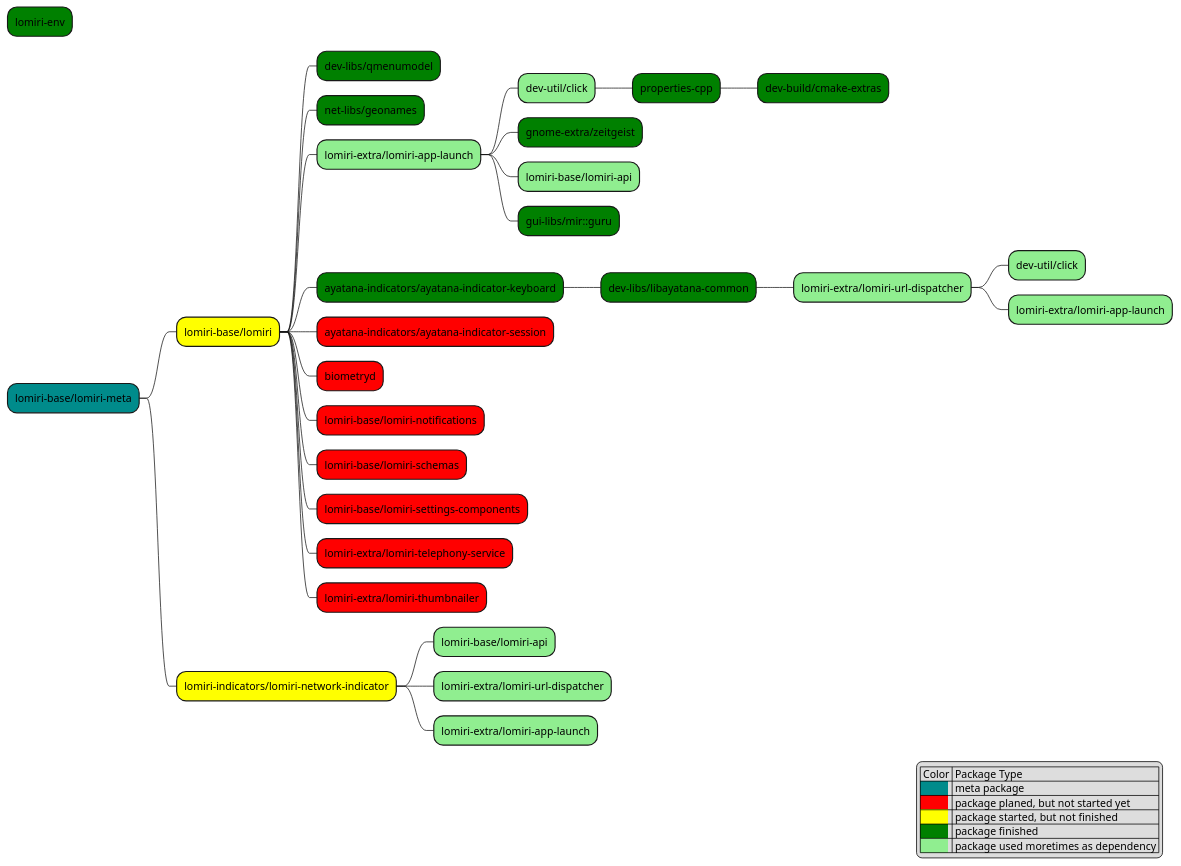
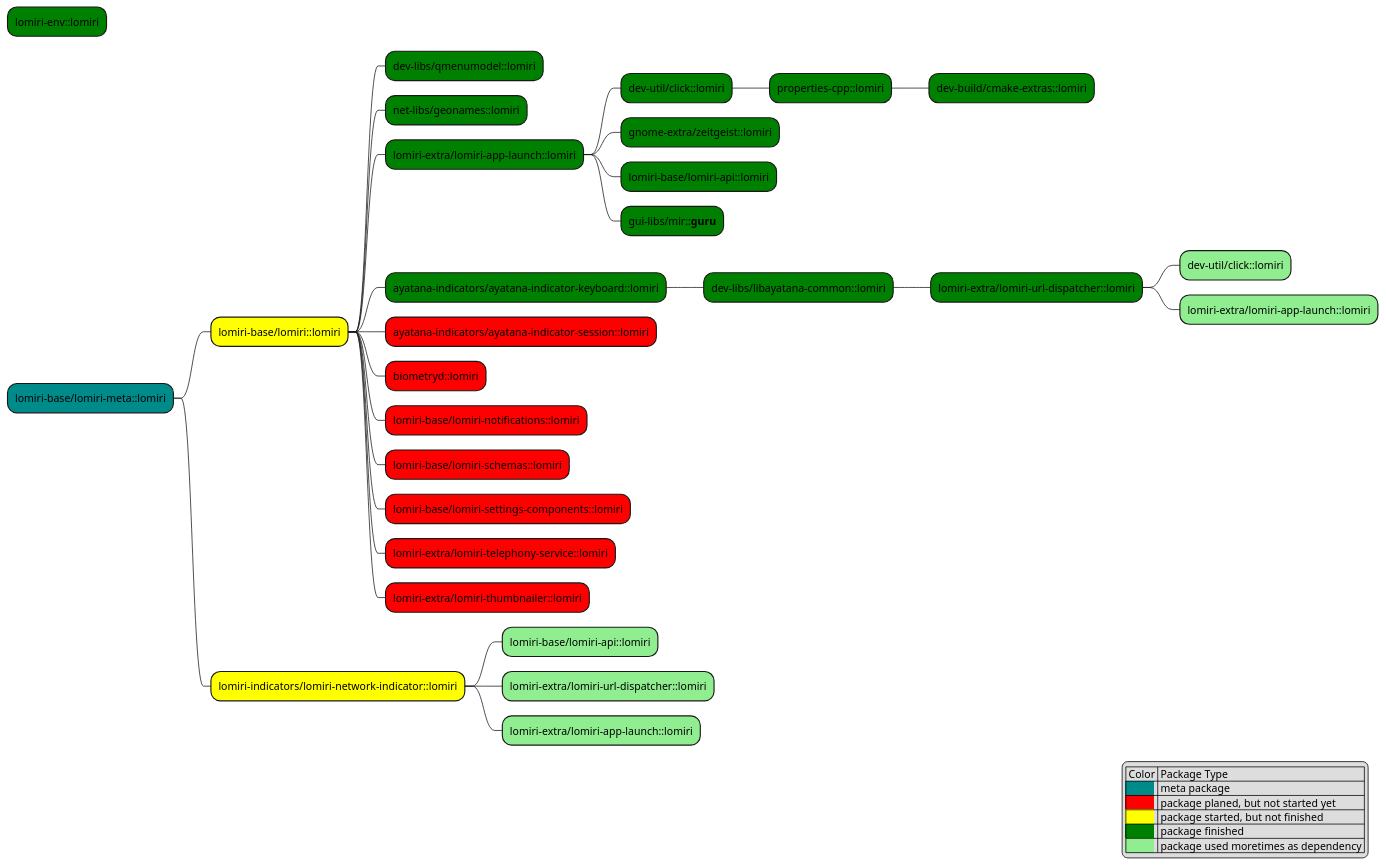
Before and after one commit to renegart/gentoo-lomiri: the diagram in docs/lomiri-packages.plantuml, drawn with PlantUML.

Commit message:
updated package digramm

```diff
--- a/docs/lomiri-packages.plantuml
+++ b/docs/lomiri-packages.plantuml
@@ -1,40 +1,40 @@
 @startmindmap package dependencies
 legend right
     | Color | Package Type |
     |<back:DarkCyan>          </back>| meta package|
     |<back:red>          </back>| package planed, but not started yet|
     |<back:yellow>          </back>| package started, but not finished|
     |<back:green>          </back>| package finished|
     |<back:lightgreen>          </back>| package used moretimes as dependency |
 endlegend
 
-*[#green] lomiri-env
-*[#DarkCyan] lomiri-base/lomiri-meta
-  *[#yellow] lomiri-base/lomiri
-    *[#green] dev-libs/qmenumodel
-    *[#green] net-libs/geonames
-    *[#lightgreen] lomiri-extra/lomiri-app-launch
-      *[#lightgreen] dev-util/click
-        *[#green] properties-cpp
-          *[#green] dev-build/cmake-extras
-      *[#green] gnome-extra/zeitgeist
-      *[#lightgreen] lomiri-base/lomiri-api
-      *[#green] gui-libs/mir::guru
-    *[#green] ayatana-indicators/ayatana-indicator-keyboard
-      *[#green] dev-libs/libayatana-common
-        *[#lightgreen] lomiri-extra/lomiri-url-dispatcher
-          *[#lightgreen] dev-util/click
-          *[#lightgreen] lomiri-extra/lomiri-app-launch
-    *[#red] ayatana-indicators/ayatana-indicator-session
-    *[#red] biometryd
-    *[#red] lomiri-base/lomiri-notifications
-    *[#red] lomiri-base/lomiri-schemas
-    *[#red] lomiri-base/lomiri-settings-components
-    *[#red] lomiri-extra/lomiri-telephony-service
-    *[#red] lomiri-extra/lomiri-thumbnailer
-  *[#yellow] lomiri-indicators/lomiri-network-indicator
-    *[#lightgreen] lomiri-base/lomiri-api
-    *[#lightgreen] lomiri-extra/lomiri-url-dispatcher
-    *[#lightgreen] lomiri-extra/lomiri-app-launch
+*[#green] lomiri-env::lomiri
+*[#DarkCyan] lomiri-base/lomiri-meta::lomiri
+  *[#yellow] lomiri-base/lomiri::lomiri
+    *[#green] dev-libs/qmenumodel::lomiri
+    *[#green] net-libs/geonames::lomiri
+    *[#green] lomiri-extra/lomiri-app-launch::lomiri
+      *[#green] dev-util/click::lomiri
+        *[#green] properties-cpp::lomiri
+          *[#green] dev-build/cmake-extras::lomiri
+      *[#green] gnome-extra/zeitgeist::lomiri
+      *[#green] lomiri-base/lomiri-api::lomiri
+      *[#green] gui-libs/mir::**guru**
+    *[#green] ayatana-indicators/ayatana-indicator-keyboard::lomiri
+      *[#green] dev-libs/libayatana-common::lomiri
+        *[#green] lomiri-extra/lomiri-url-dispatcher::lomiri
+          *[#lightgreen] dev-util/click::lomiri
+          *[#lightgreen] lomiri-extra/lomiri-app-launch::lomiri
+    *[#red] ayatana-indicators/ayatana-indicator-session::lomiri
+    *[#red] biometryd::lomiri
+    *[#red] lomiri-base/lomiri-notifications::lomiri
+    *[#red] lomiri-base/lomiri-schemas::lomiri
+    *[#red] lomiri-base/lomiri-settings-components::lomiri
+    *[#red] lomiri-extra/lomiri-telephony-service::lomiri
+    *[#red] lomiri-extra/lomiri-thumbnailer::lomiri
+  *[#yellow] lomiri-indicators/lomiri-network-indicator::lomiri
+    *[#lightgreen] lomiri-base/lomiri-api::lomiri
+    *[#lightgreen] lomiri-extra/lomiri-url-dispatcher::lomiri
+    *[#lightgreen] lomiri-extra/lomiri-app-launch::lomiri
 
 @endmindmap
```
